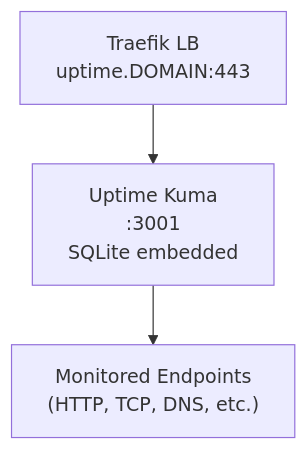
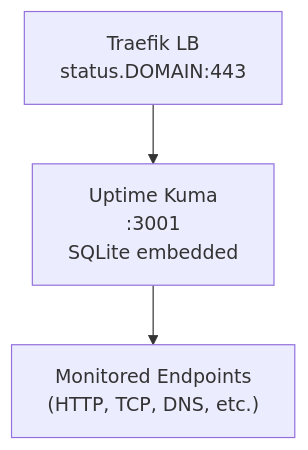
Before and after one commit to derhornspieler/harvester-rke2-platform: the tenth of 13 diagrams in docs/engineering/services-reference.md, drawn with Mermaid. The commit also changed other lines of this file and 50 other files, not shown here.

````diff
--- a/docs/engineering/services-reference.md
+++ b/docs/engineering/services-reference.md
@@ -1485,5 +1496,5 @@
 ```mermaid
 graph TD
-    Traefik6["Traefik LB<br/>uptime.DOMAIN:443"] --> UK["Uptime Kuma<br/>:3001<br/>SQLite embedded"]
+    Traefik6["Traefik LB<br/>status.DOMAIN:443"] --> UK["Uptime Kuma<br/>:3001<br/>SQLite embedded"]
     UK --> Targets["Monitored Endpoints<br/>(HTTP, TCP, DNS, etc.)"]
 ```
````
